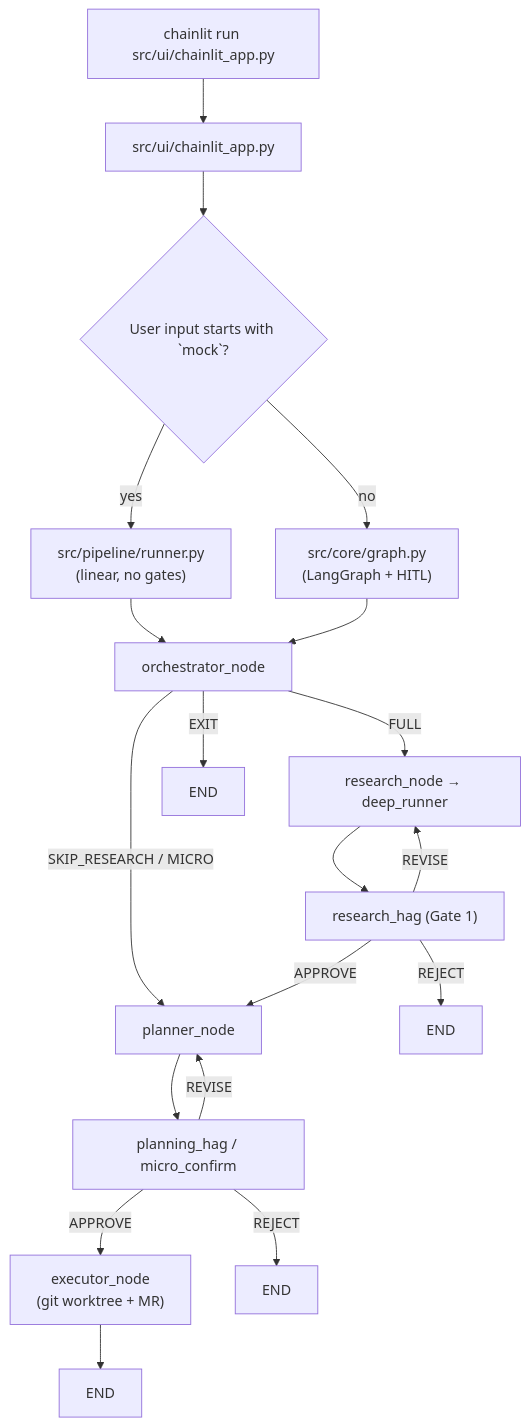
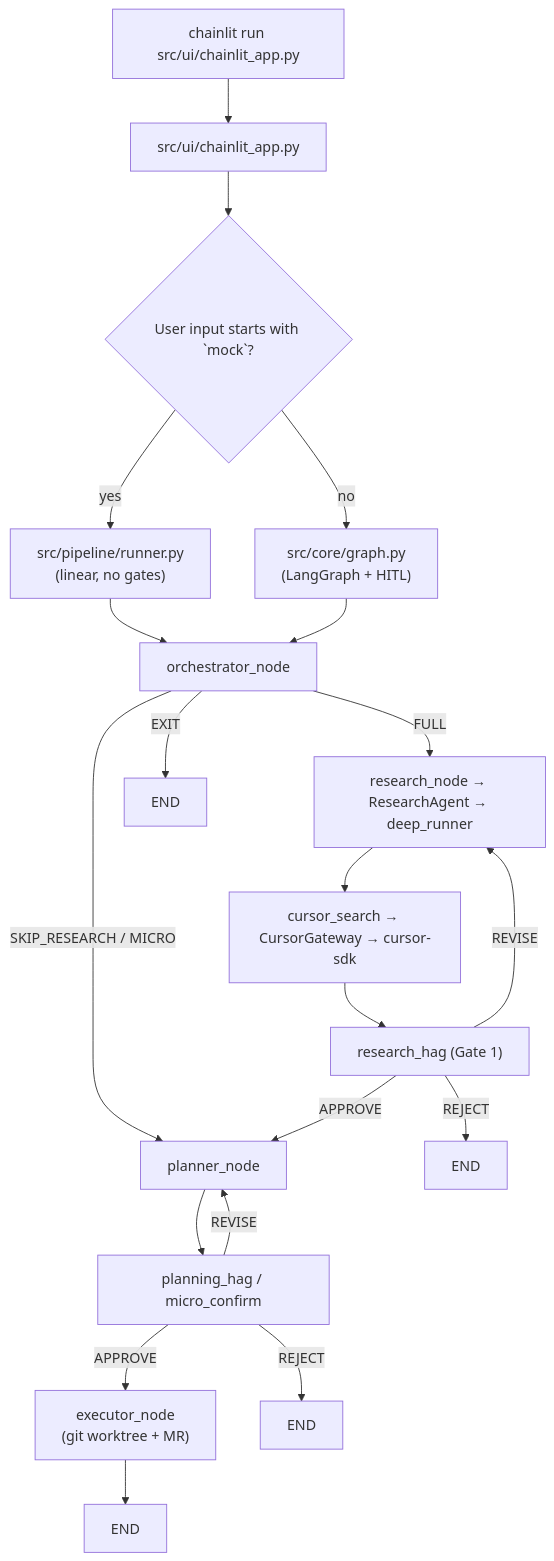
One commit to DTU-PRAGEET/IntuitionX_Coding_Agent changed the diagram in CODEBASE_MAP.md. Above: the diagram before and after it, drawn with Mermaid. The commit also changed other lines of this file and 109 other files, not shown here.

````diff
--- a/CODEBASE_MAP.md
+++ b/CODEBASE_MAP.md
@@ -10,33 +11,35 @@
 ```mermaid
 flowchart TD
     CLI["chainlit run src/ui/chainlit_app.py"]
     UI["src/ui/chainlit_app.py"]
     MOCK{"User input starts with `mock`?"}
     PIPE["src/pipeline/runner.py\n(linear, no gates)"]
     GRAPH["src/core/graph.py\n(LangGraph + HITL)"]
     ORCH["orchestrator_node"]
-    RES["research_node → deep_runner"]
+    RES["research_node → ResearchAgent → deep_runner"]
+    CS["cursor_search → CursorGateway → cursor-sdk"]
     G1["research_hag (Gate 1)"]
     PLAN["planner_node"]
     G2["planning_hag / micro_confirm"]
     EXEC["executor_node\n(git worktree + MR)"]
 
     CLI --> UI
     UI --> MOCK
     MOCK -->|yes| PIPE
     MOCK -->|no| GRAPH
     PIPE --> ORCH
     GRAPH --> ORCH
     ORCH -->|FULL| RES
     ORCH -->|SKIP_RESEARCH / MICRO| PLAN
     ORCH -->|EXIT| END1[END]
-    RES --> G1
+    RES --> CS
+    CS --> G1
     G1 -->|APPROVE| PLAN
     G1 -->|REVISE| RES
     G1 -->|REJECT| END2[END]
     PLAN --> G2
     G2 -->|APPROVE| EXEC
     G2 -->|REVISE| PLAN
     G2 -->|REJECT| END3[END]
     EXEC --> END4[END]
 ```
````
